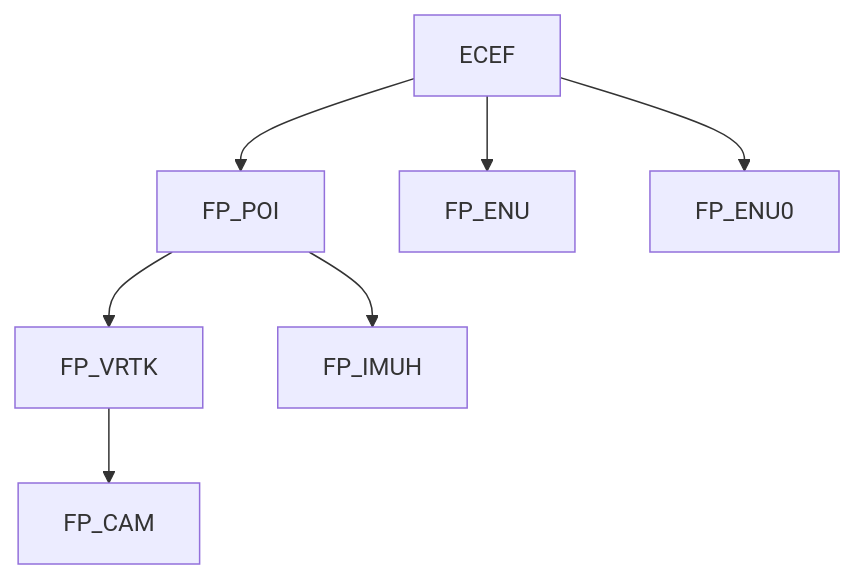
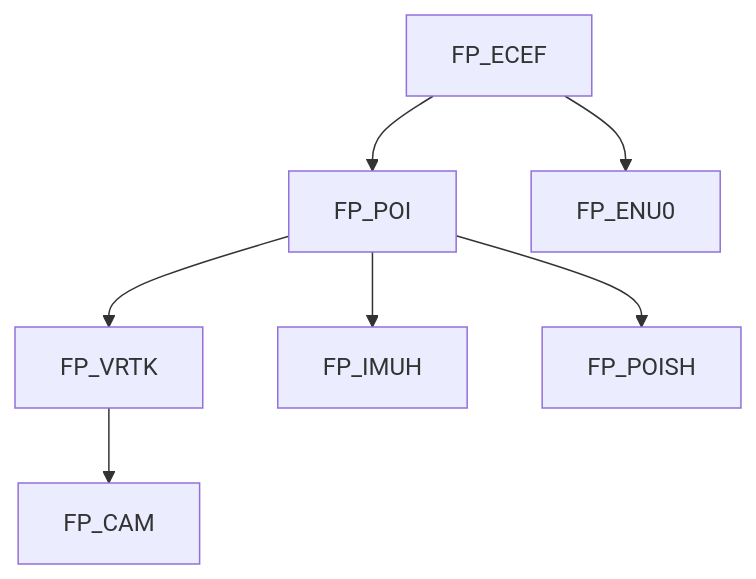
The diagram in README.md (fixposition/fixposition_driver), drawn with Mermaid before and after one commit. The commit also changed other lines of this file and 22 other files, not shown here.

````diff
--- a/README.md
+++ b/README.md
@@ -219,7 +217,8 @@
     ```mermaid
     graph TD;
-    ECEF-->FP_POI-->FP_VRTK-->FP_CAM
+    FP_ECEF-->FP_POI
+    FP_POI-->FP_VRTK-->FP_CAM
     FP_POI-->FP_IMUH
-    ECEF-->FP_ENU
-    ECEF-->FP_ENU0
+    FP_POI-->FP_POISH
+    FP_ECEF-->FP_ENU0
     ```
````
